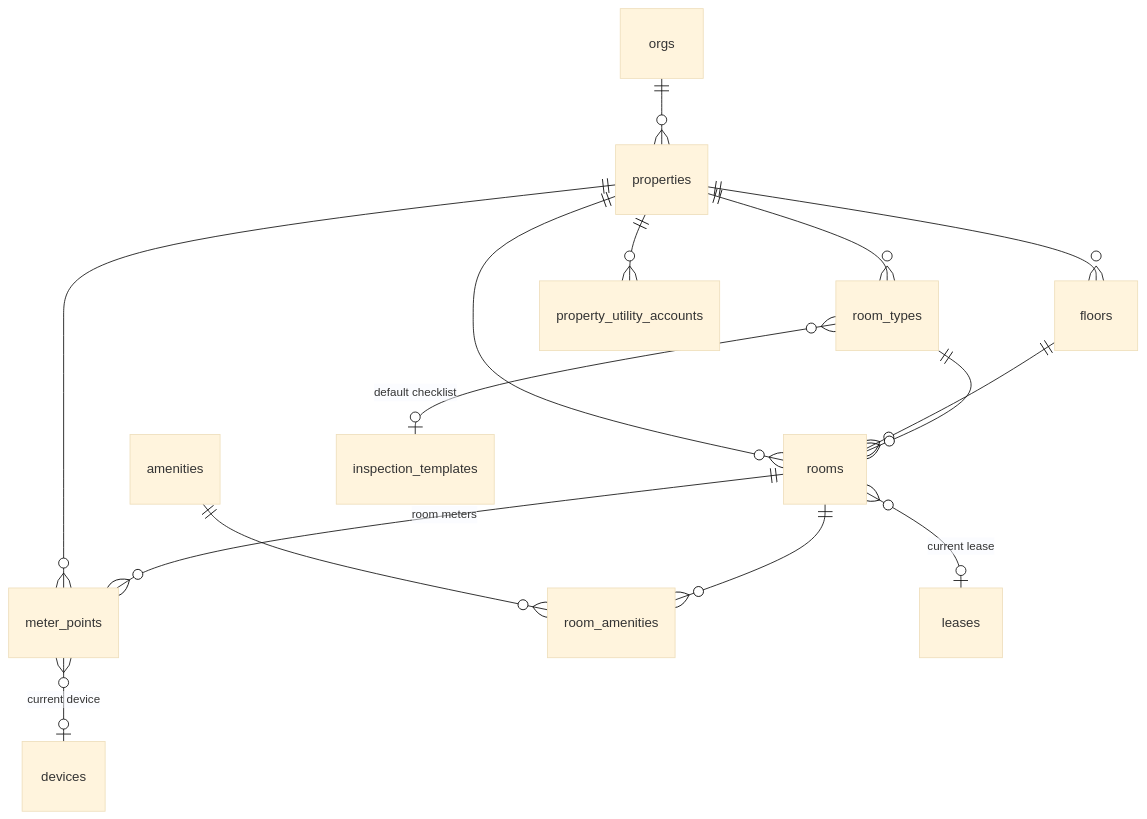
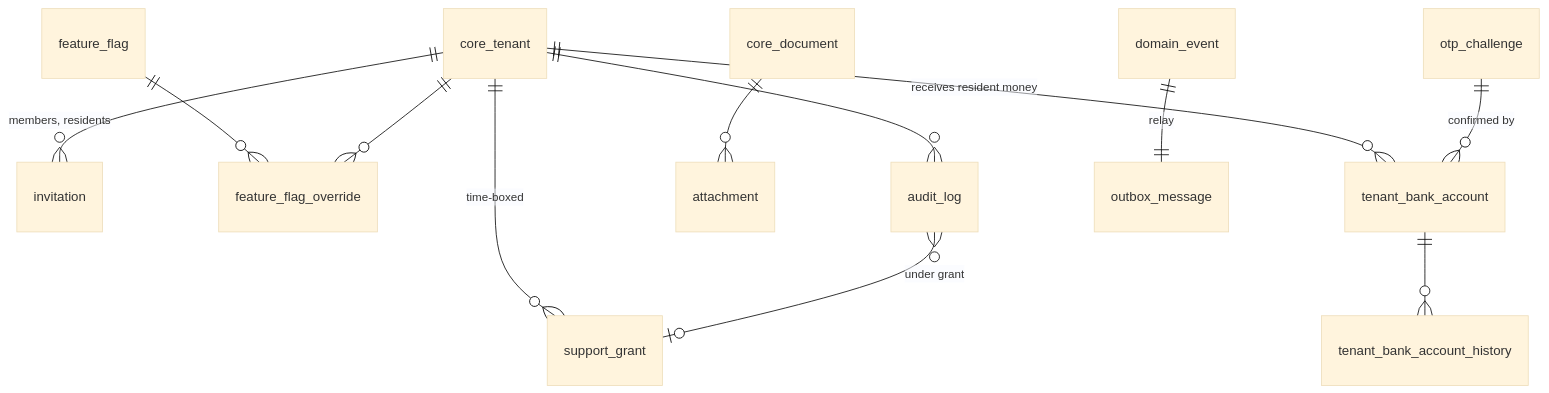
The fourth of 13 diagrams in docs/schema-design.md (Collective-Group-Thailand/getproperty-api), drawn with Mermaid (base theme) before and after one commit. The commit also changed other lines of this file, not shown here.

First line of the commit message:
docs(schema): schema design v2 — neutral asset core, six schemas, RLS (D-150–D-161)

````diff
--- a/docs/schema-design.md
+++ b/docs/schema-design.md
@@ -1081,17 +1148,14 @@
 ```mermaid
 erDiagram
-  orgs ||--o{ properties : ""
-  properties ||--o{ floors : ""
-  properties ||--o{ room_types : ""
-  properties ||--o{ rooms : ""
-  floors ||--o{ rooms : ""
-  room_types ||--o{ rooms : ""
-  properties ||--o{ meter_points : ""
-  rooms ||--o{ meter_points : "room meters"
-  properties ||--o{ property_utility_accounts : ""
-  amenities ||--o{ room_amenities : ""
-  rooms ||--o{ room_amenities : ""
-  room_types }o--o| inspection_templates : "default checklist"
-  meter_points }o--o| devices : "current device"
-  rooms }o--o| leases : "current lease"
+  core_tenant ||--o{ support_grant : "time-boxed"
+  core_tenant ||--o{ invitation : "members, residents"
+  feature_flag ||--o{ feature_flag_override : ""
+  core_tenant ||--o{ feature_flag_override : ""
+  core_tenant ||--o{ tenant_bank_account : "receives resident money"
+  tenant_bank_account ||--o{ tenant_bank_account_history : ""
+  otp_challenge ||--o{ tenant_bank_account : "confirmed by"
+  core_document ||--o{ attachment : ""
+  audit_log }o--o| support_grant : "under grant"
+  domain_event ||--|| outbox_message : "relay"
+  core_tenant ||--o{ audit_log : ""
 ```
````
